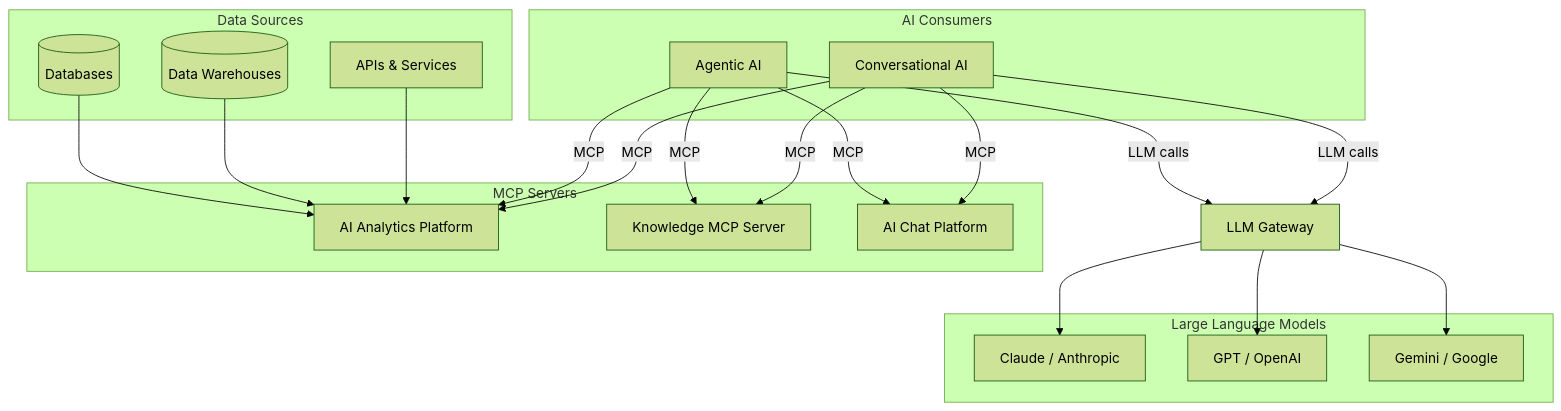
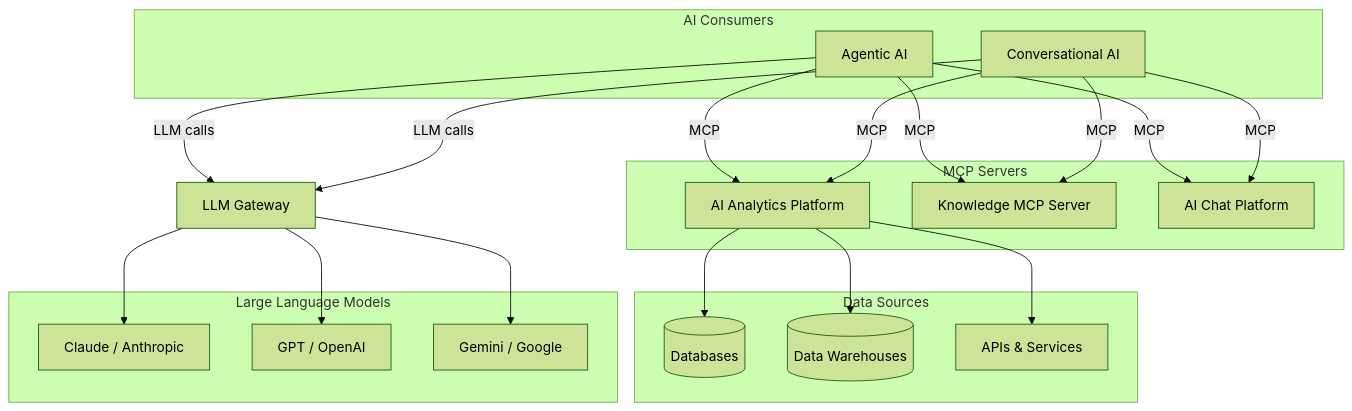
The diagram in README.md (M-A-Operating-System/shared-work), drawn with Mermaid (forest theme) before and after one commit.

Commit message:
docs(readme): reverse Analytics→DataSources arrows; link ConvAI to assistant
https://claude.ai/code/session_01CYjqpWt1v2JhCDuDBEJCSM

````diff
--- a/README.md
+++ b/README.md
@@ -39,47 +39,48 @@
 ```mermaid
 flowchart TB
     subgraph Consumers["AI Consumers"]
         AgAI[Agentic AI]
         ConvAI[Conversational AI]
     end
 
     subgraph MCPServers["MCP Servers"]
         AN[AI Analytics Platform]
         KN[Knowledge MCP Server]
         CH[AI Chat Platform]
     end
 
     subgraph DataSources["Data Sources"]
         DB[(Databases)]
         DW[(Data Warehouses)]
         API[APIs & Services]
     end
 
     GW[LLM Gateway]
 
     subgraph LLMPool["Large Language Models"]
         L1[Claude / Anthropic]
         L2[GPT / OpenAI]
         L3[Gemini / Google]
     end
 
-    DB --> AN
-    DW --> AN
-    API --> AN
+    AN --> DB
+    AN --> DW
+    AN --> API
     GW --> L1
     GW --> L2
     GW --> L3
 
     click AN href "docs/product/analytics/README.md"
     click KN href "docs/product/knowledge/README.md"
     click CH href "docs/product/assistant/README.md"
+    click ConvAI href "docs/product/assistant/README.md"
 
     AgAI -->|MCP| AN
     AgAI -->|MCP| KN
     AgAI -->|MCP| CH
     AgAI -->|LLM calls| GW
     ConvAI -->|MCP| AN
     ConvAI -->|MCP| KN
     ConvAI -->|MCP| CH
     ConvAI -->|LLM calls| GW
 ```
````
